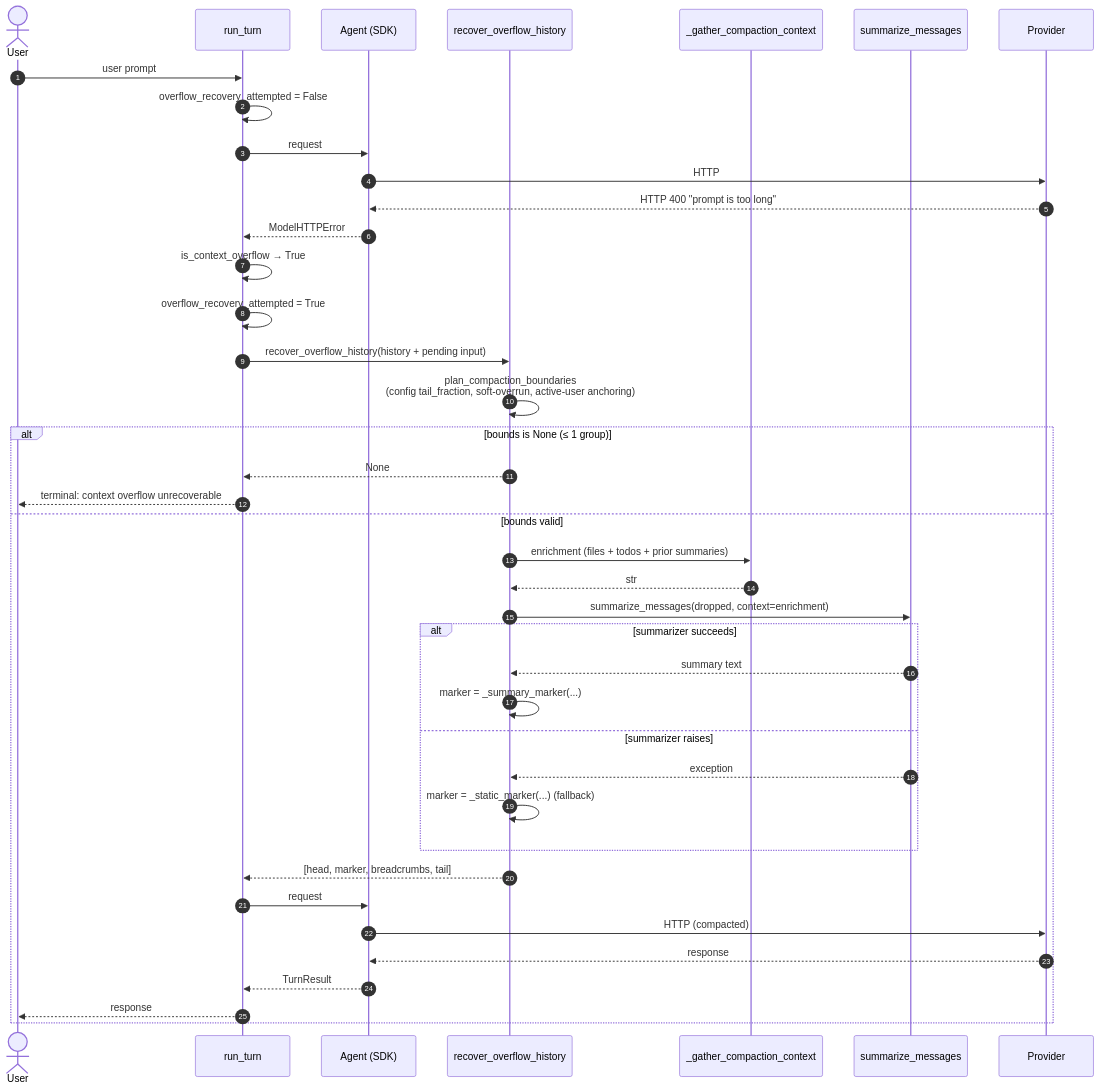
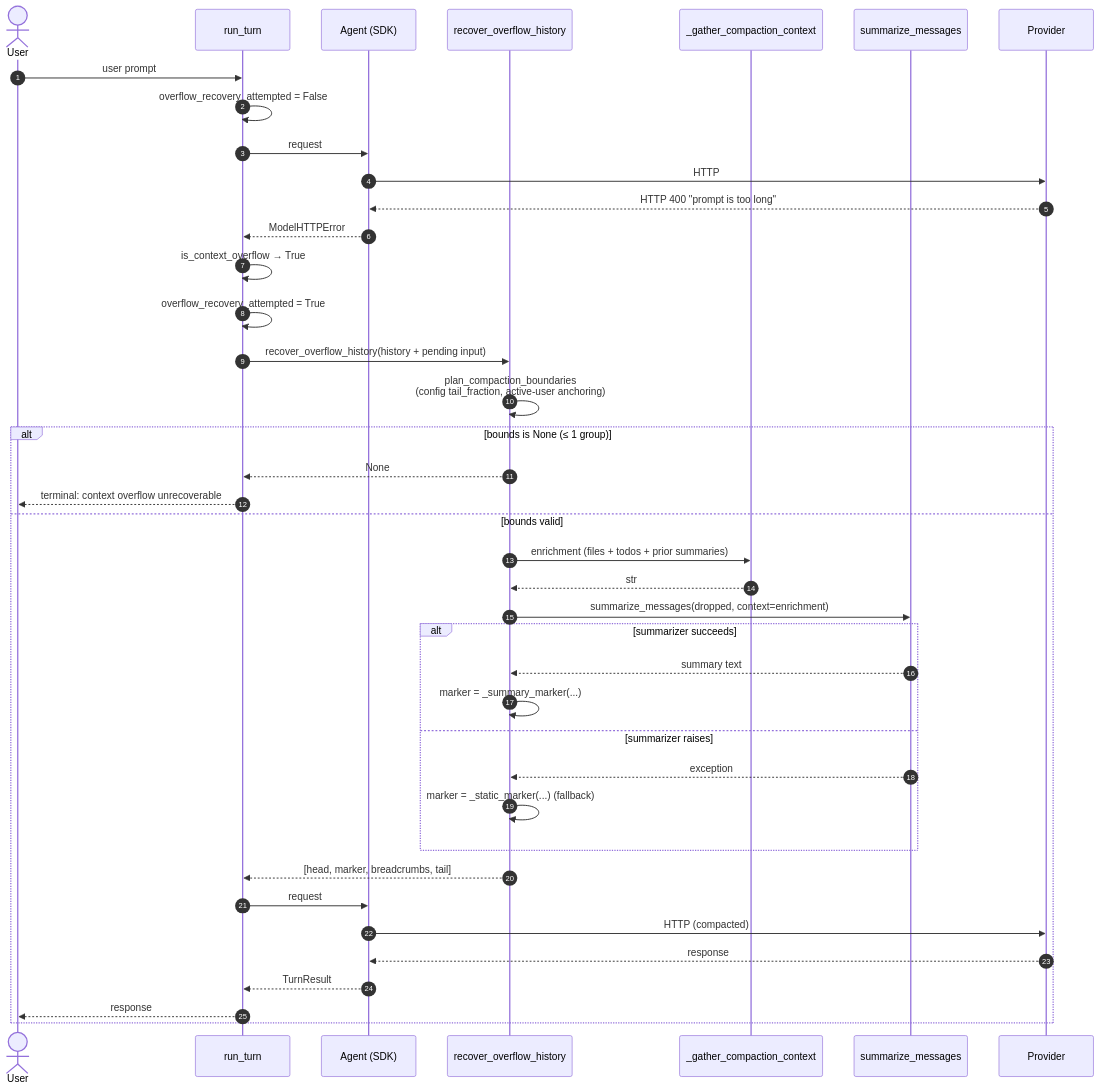
One commit to binlecode/co-cli changed the third of 7 diagrams in docs/specs/compaction.md. Above: the diagram before and after it, drawn with Mermaid. The commit also changed other lines of this file and 7 other files, not shown here.

First line of the commit message:
refactor: drop tail_soft_overrun_multiplier; harden prior-summary marker (v0.7.281)

````diff
--- a/docs/specs/compaction.md
+++ b/docs/specs/compaction.md
@@ -140,43 +140,43 @@
 ```mermaid
 sequenceDiagram
     autonumber
     actor U as User
     participant RT as run_turn
     participant AG as Agent (SDK)
     participant R as recover_overflow_history
     participant E as _gather_compaction_context
     participant S as summarize_messages
     participant M as Provider
 
     U->>RT: user prompt
     RT->>RT: overflow_recovery_attempted = False
     RT->>AG: request #1
     AG->>M: HTTP
     M-->>AG: HTTP 400 "prompt is too long"
     AG-->>RT: ModelHTTPError
     RT->>RT: is_context_overflow → True
     RT->>RT: overflow_recovery_attempted = True
     RT->>R: recover_overflow_history(history + pending input)
-    R->>R: plan_compaction_boundaries<br/>(config tail_fraction, soft-overrun, active-user anchoring)
+    R->>R: plan_compaction_boundaries<br/>(config tail_fraction, active-user anchoring)
     alt bounds is None (≤ 1 group)
         R-->>RT: None
         RT-->>U: terminal: context overflow unrecoverable
     else bounds valid
         R->>E: enrichment (files + todos + prior summaries)
         E-->>R: str
         R->>S: summarize_messages(dropped, context=enrichment)
         alt summarizer succeeds
             S-->>R: summary text
             R->>R: marker = _summary_marker(...)
         else summarizer raises
             S-->>R: exception
             R->>R: marker = _static_marker(...) (fallback)
         end
         R-->>RT: [head, marker, breadcrumbs, tail]
         RT->>AG: request #2 (retry)
         AG->>M: HTTP (compacted)
         M-->>AG: response
         AG-->>RT: TurnResult
         RT-->>U: response
     end
 ```
````
